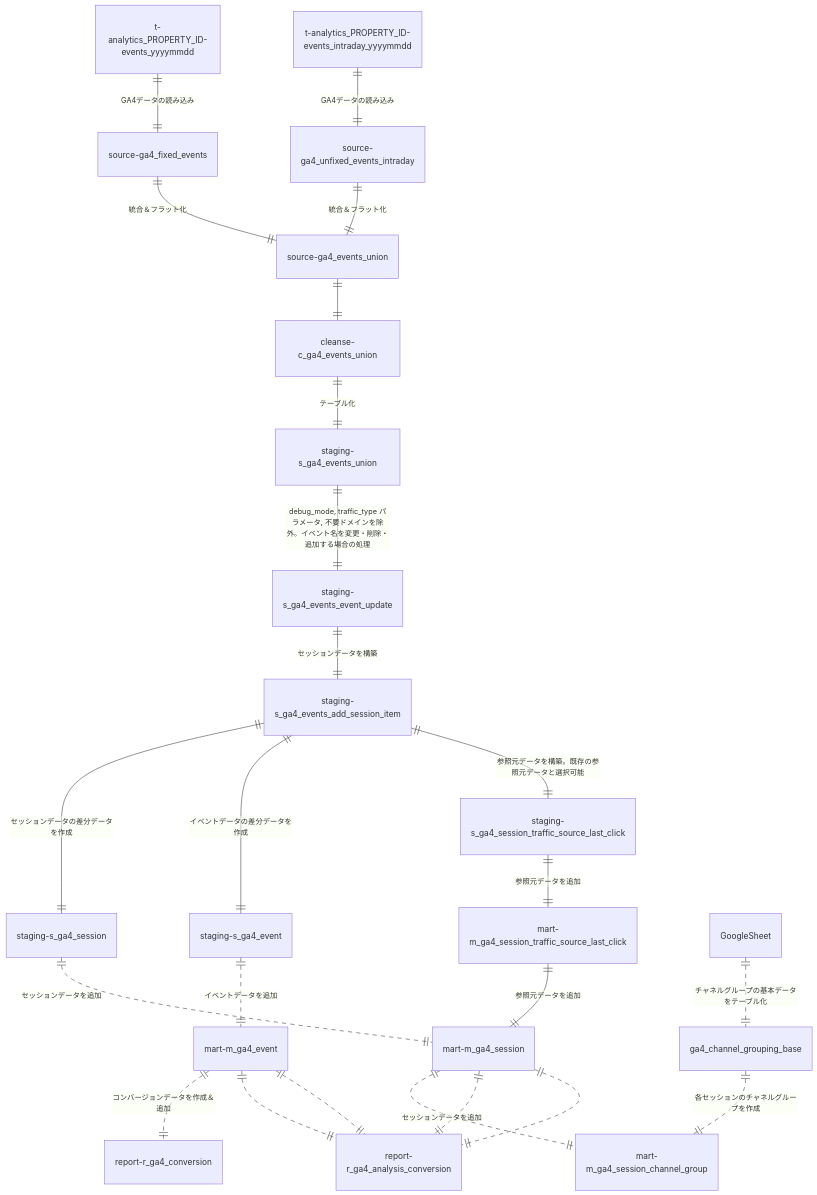
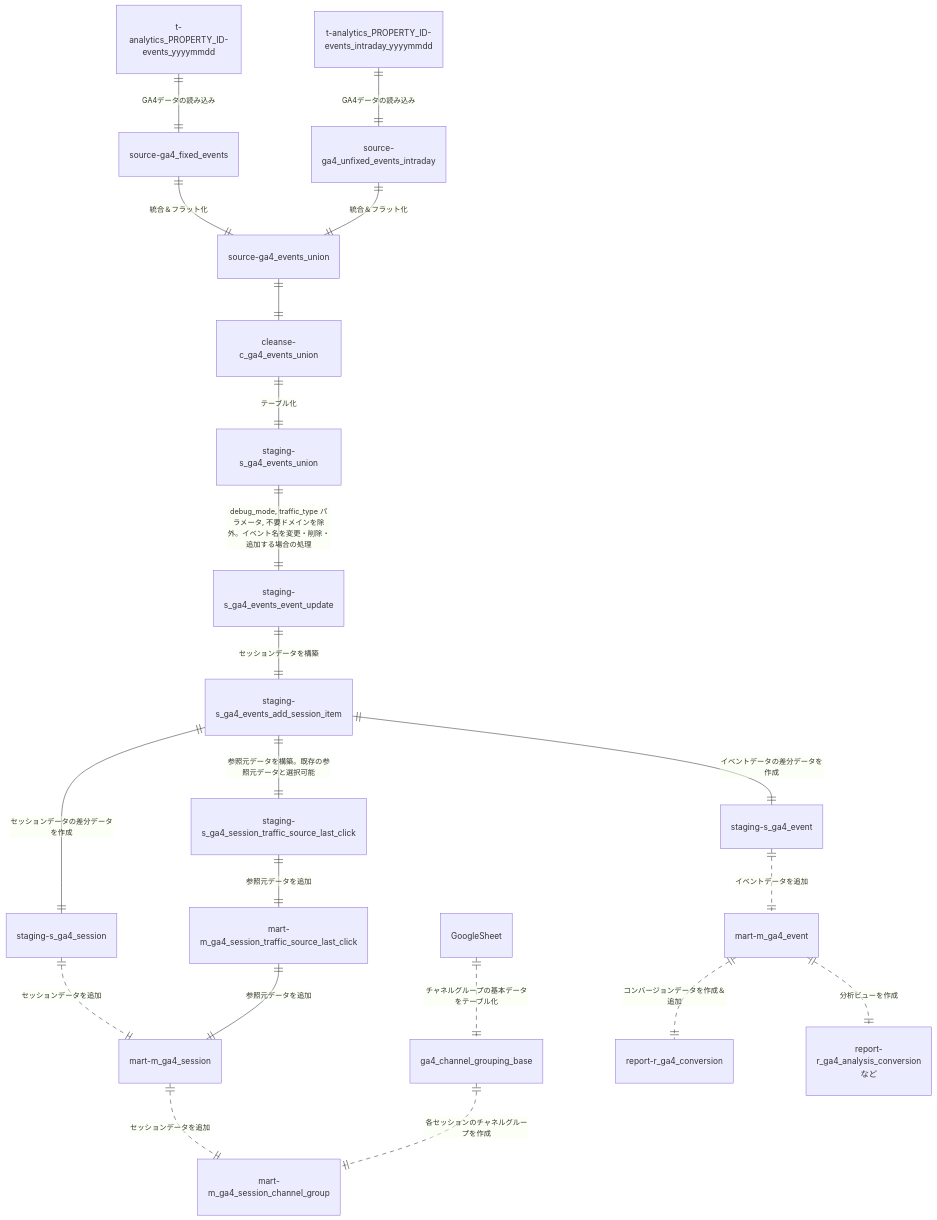
One commit to MondayTiger/molts_ga4 changed the diagram in README.md. Above: the diagram before and after it, drawn with Mermaid.

Commit message:
README修正

````diff
--- a/README.md
+++ b/README.md
@@ -50,46 +50,43 @@
 ```mermaid
 erDiagram
 		%% GA4のイベントデータからソースデータを構築
     t-analytics_PROPERTY_ID-events_yyyymmdd ||--|| source-ga4_fixed_events : "GA4データの読み込み"
     t-analytics_PROPERTY_ID-events_intraday_yyyymmdd ||--|| source-ga4_unfixed_events_intraday : "GA4データの読み込み"
     source-ga4_fixed_events ||--|| source-ga4_events_union : "統合＆フラット化"
     source-ga4_unfixed_events_intraday ||--|| source-ga4_events_union : "統合＆フラット化"
 
 		%% ソースデータをクレンジング
     source-ga4_events_union ||--|| cleanse-c_ga4_events_union : ""
 
 		%% クレンジングしたデータ量が多すぎるのと、後続の処理が複雑でBigQuery上で処理できないため、テーブル化
     cleanse-c_ga4_events_union ||--|| staging-s_ga4_events_union : "テーブル化"
 
 		%% 内部アクセスを除外、イベント名を変更・削除・追加する場合の処理
     staging-s_ga4_events_union ||--|| staging-s_ga4_events_event_update : "debug_mode, traffic_type パラメータ, 不要ドメインを除外。イベント名を変更・削除・追加する場合の処理"
 
 		%% 参照元やエンゲージメントなどセッションデータを構築
     staging-s_ga4_events_event_update ||--|| staging-s_ga4_events_add_session_item : "セッションデータを構築"
 
 		%% 各データマートに追加する差分データを構築
     staging-s_ga4_events_add_session_item ||--|| staging-s_ga4_session : "セッションデータの差分データを作成"
     staging-s_ga4_events_add_session_item ||--|| staging-s_ga4_event : "イベントデータの差分データを作成"
 
     %% session_traffic_source_last_clickカラムから参照元データを別途作成
     staging-s_ga4_events_add_session_item ||--|| staging-s_ga4_session_traffic_source_last_click : "参照元データを構築。既存の参照元データと選択可能"
 
 		%% 蓄積済みの各データマートにデータを投入
     staging-s_ga4_event ||..|| mart-m_ga4_event : "イベントデータを追加"
     staging-s_ga4_session ||..|| mart-m_ga4_session : "セッションデータを追加"
     mart-m_ga4_session_traffic_source_last_click ||--|| mart-m_ga4_session : "参照元データを追加" 
     staging-s_ga4_session_traffic_source_last_click ||--|| mart-m_ga4_session_traffic_source_last_click : "参照元データを追加"
 
     %% セッションデータからチャネルグループを各セッションごとに作成
     mart-m_ga4_session ||..|| mart-m_ga4_session_channel_group : "セッションデータを追加"
     GoogleSheet ||..|| ga4_channel_grouping_base : "チャネルグループの基本データをテーブル化"
     ga4_channel_grouping_base ||..|| mart-m_ga4_session_channel_group : "各セッションのチャネルグループを作成"
 
     %% コンバージョン用データマートにデータを投入
     mart-m_ga4_event||..|| report-r_ga4_conversion : "コンバージョンデータを作成＆追加"
-    mart-m_ga4_event||..|| report-r_ga4_analysis_conversion : ""
-    mart-m_ga4_session||..|| report-r_ga4_analysis_conversion : ""
-    mart-m_ga4_event||..|| report-r_ga4_analysis_conversion : ""
-    mart-m_ga4_session||..|| report-r_ga4_analysis_conversion : ""
+    mart-m_ga4_event||..|| report-r_ga4_analysis_conversionなど : "分析ビューを作成"
 
 ```
````
